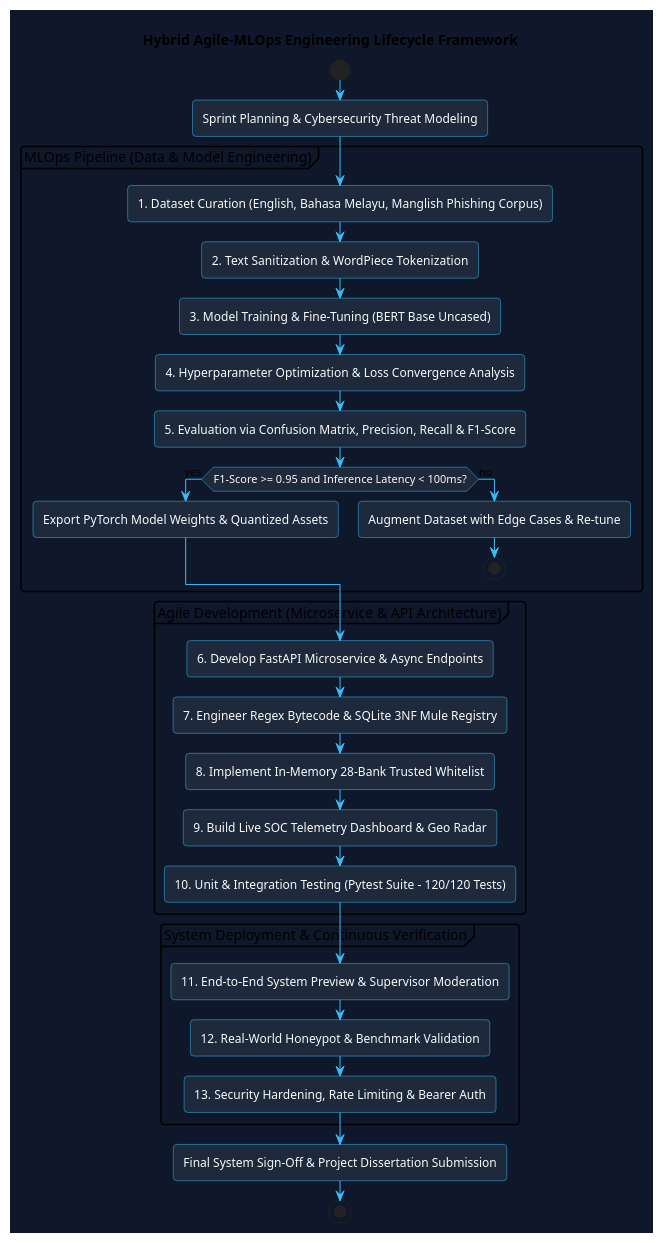
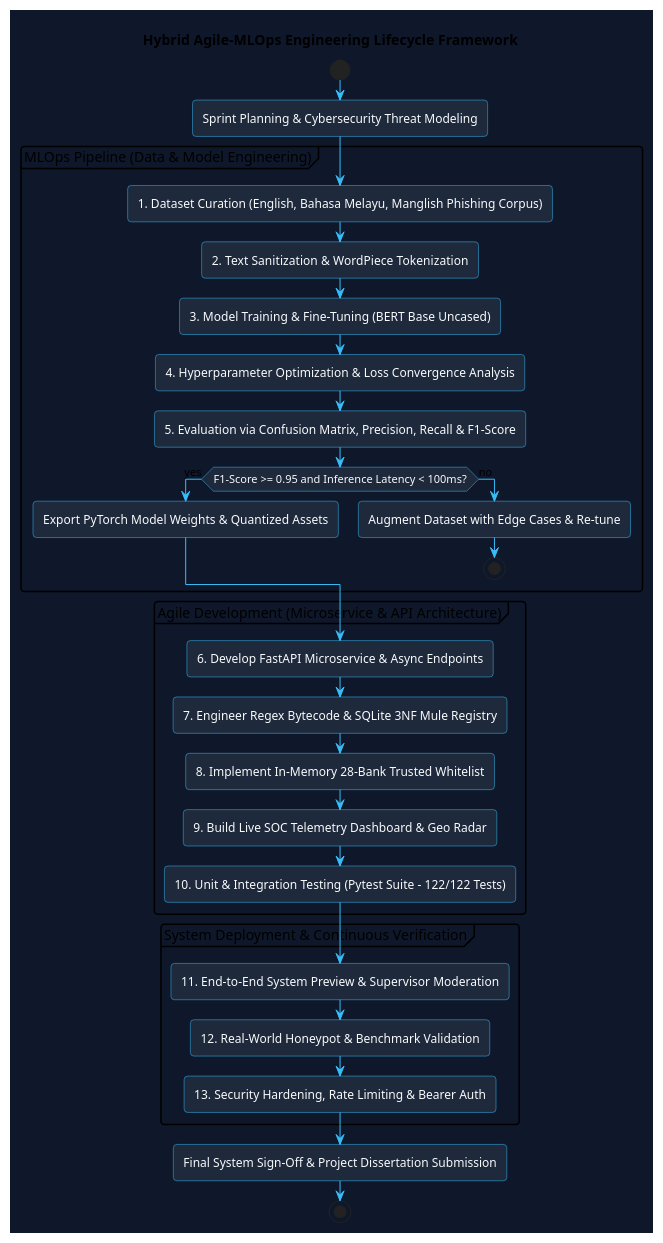
Before and after one commit to KunTheNoobie/PhishGuard-AI-Complete: the third of 3 diagrams in report/diagrams/Chapter_1_Diagrams.puml, drawn with PlantUML. The commit also changed 15 other files, not shown here.

Commit message:
feat(p2): finalize project 2 dissertation, 122 CI/CD tests, dual API schemas, quishing forensics, and corroborated threat logic

```diff
--- a/report/diagrams/Chapter_1_Diagrams.puml
+++ b/report/diagrams/Chapter_1_Diagrams.puml
@@ -140,45 +140,45 @@
 @startuml Agile_MLOps_Lifecycle_Chapter_1
 !theme vibrant
 skinparam backgroundColor #0f172a
 skinparam ArrowColor #38bdf8
 skinparam ActivityBorderColor #38bdf8
 skinparam ActivityBackgroundColor #1e293b
 skinparam ActivityFontColor #f8fafc
 
 title Hybrid Agile-MLOps Engineering Lifecycle Framework
 
 start
 :Sprint Planning & Cybersecurity Threat Modeling;
 
 partition "MLOps Pipeline (Data & Model Engineering)" {
     :1. Dataset Curation (English, Bahasa Melayu, Manglish Phishing Corpus);
     :2. Text Sanitization & WordPiece Tokenization;
     :3. Model Training & Fine-Tuning (BERT Base Uncased);
     :4. Hyperparameter Optimization & Loss Convergence Analysis;
     :5. Evaluation via Confusion Matrix, Precision, Recall & F1-Score;
     if (F1-Score >= 0.95 and Inference Latency < 100ms?) then (yes)
         :Export PyTorch Model Weights & Quantized Assets;
     else (no)
         :Augment Dataset with Edge Cases & Re-tune;
         stop
     endif
 }
 
 partition "Agile Development (Microservice & API Architecture)" {
     :6. Develop FastAPI Microservice & Async Endpoints;
     :7. Engineer Regex Bytecode & SQLite 3NF Mule Registry;
     :8. Implement In-Memory 28-Bank Trusted Whitelist;
     :9. Build Live SOC Telemetry Dashboard & Geo Radar;
-    :10. Unit & Integration Testing (Pytest Suite - 120/120 Tests);
+    :10. Unit & Integration Testing (Pytest Suite - 122/122 Tests);
 }
 
 partition "System Deployment & Continuous Verification" {
     :11. End-to-End System Preview & Supervisor Moderation;
     :12. Real-World Honeypot & Benchmark Validation;
     :13. Security Hardening, Rate Limiting & Bearer Auth;
 }
 
 :Final System Sign-Off & Project Dissertation Submission;
 stop
 
 @enduml
```
